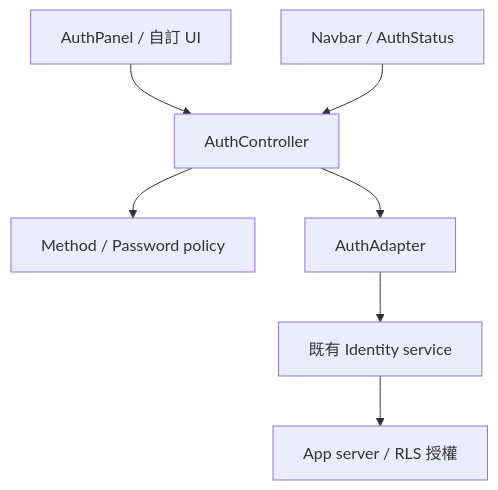
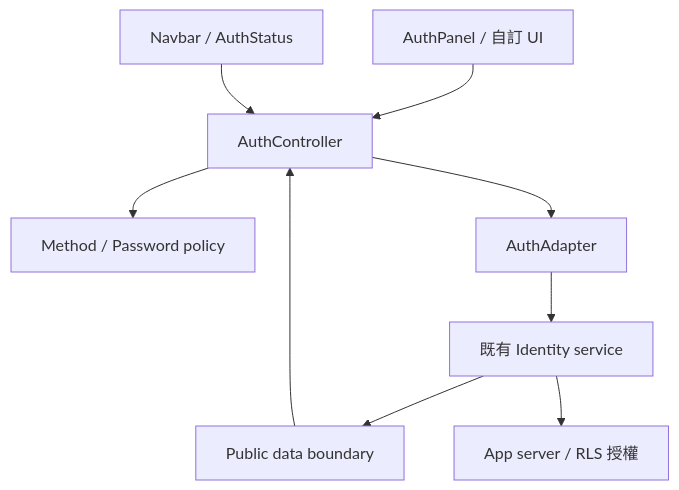
Before and after one commit to ntustRay/web-authentication-component: the first of 2 diagrams in docs/ARCHITECTURE.md, drawn with Mermaid. The commit also changed other lines of this file and 30 other files, not shown here.

First line of the commit message:
fix: harden authentication lifecycle and React flows for 0.2.0

````diff
--- a/docs/ARCHITECTURE.md
+++ b/docs/ARCHITECTURE.md
@@ -5,9 +5,11 @@
 ```mermaid
 flowchart TD
   Panel["AuthPanel / 自訂 UI"] --> Controller["AuthController"]
   Status["Navbar / AuthStatus"] --> Controller
   Controller --> Policy["Method / Password policy"]
   Controller --> Adapter["AuthAdapter"]
   Adapter --> Identity["既有 Identity service"]
+  Identity --> Boundary["Public data boundary"]
+  Boundary --> Controller
   Identity --> Server["App server / RLS 授權"]
 ```
````
